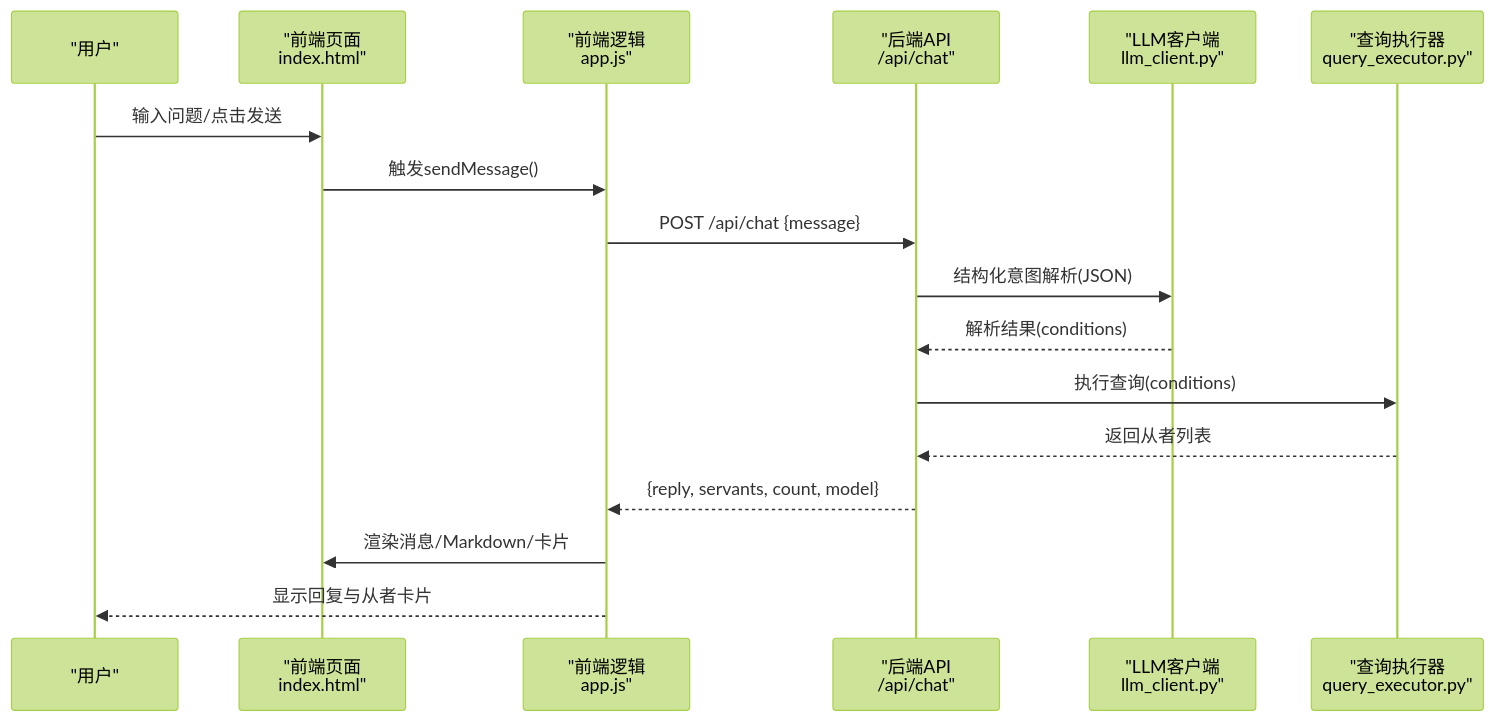
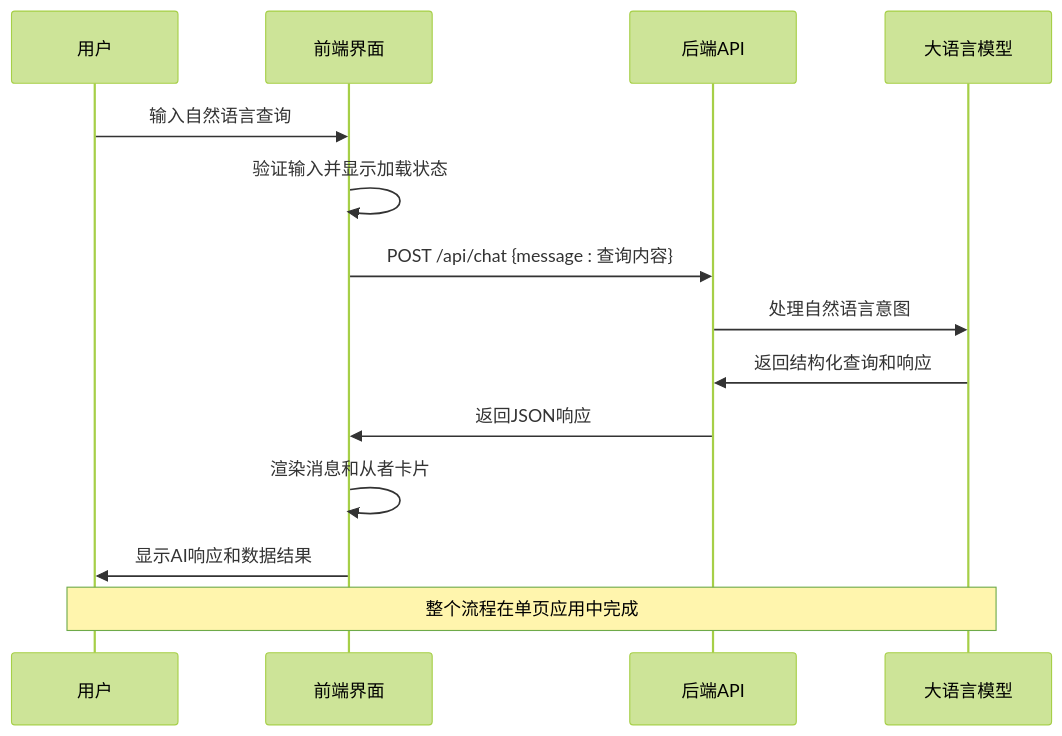
The second of 12 diagrams in .qoder/repowiki/zh/content/前端界面.md (kanoha222/Laplace), drawn with Mermaid (forest theme) before and after one commit. The commit also changed other lines of this file and 54 other files, not shown here.

````diff
--- a/.qoder/repowiki/zh/content/前端界面.md
+++ b/.qoder/repowiki/zh/content/前端界面.md
@@ -91,19 +99,16 @@
 ```mermaid
 sequenceDiagram
-participant U as "用户"
-participant UI as "前端页面<br/>index.html"
-participant APP as "前端逻辑<br/>app.js"
-participant API as "后端API<br/>/api/chat"
-participant LLM as "LLM客户端<br/>llm_client.py"
-participant Q as "查询执行器<br/>query_executor.py"
-U->>UI : 输入问题/点击发送
-UI->>APP : 触发sendMessage()
-APP->>API : POST /api/chat {message}
-API->>LLM : 结构化意图解析(JSON)
-LLM-->>API : 解析结果(conditions)
-API->>Q : 执行查询(conditions)
-Q-->>API : 返回从者列表
-API-->>APP : {reply, servants, count, model}
-APP->>UI : 渲染消息/Markdown/卡片
-APP-->>U : 显示回复与从者卡片
+participant User as 用户
+participant UI as 前端界面
+participant API as 后端API
+participant LLM as 大语言模型
+User->>UI : 输入自然语言查询
+UI->>UI : 验证输入并显示加载状态
+UI->>API : POST /api/chat {message : 查询内容}
+API->>LLM : 处理自然语言意图
+LLM->>API : 返回结构化查询和响应
+API->>UI : 返回JSON响应
+UI->>UI : 渲染消息和从者卡片
+UI->>User : 显示AI响应和数据结果
+Note over User,LLM : 整个流程在单页应用中完成
 ```
````
